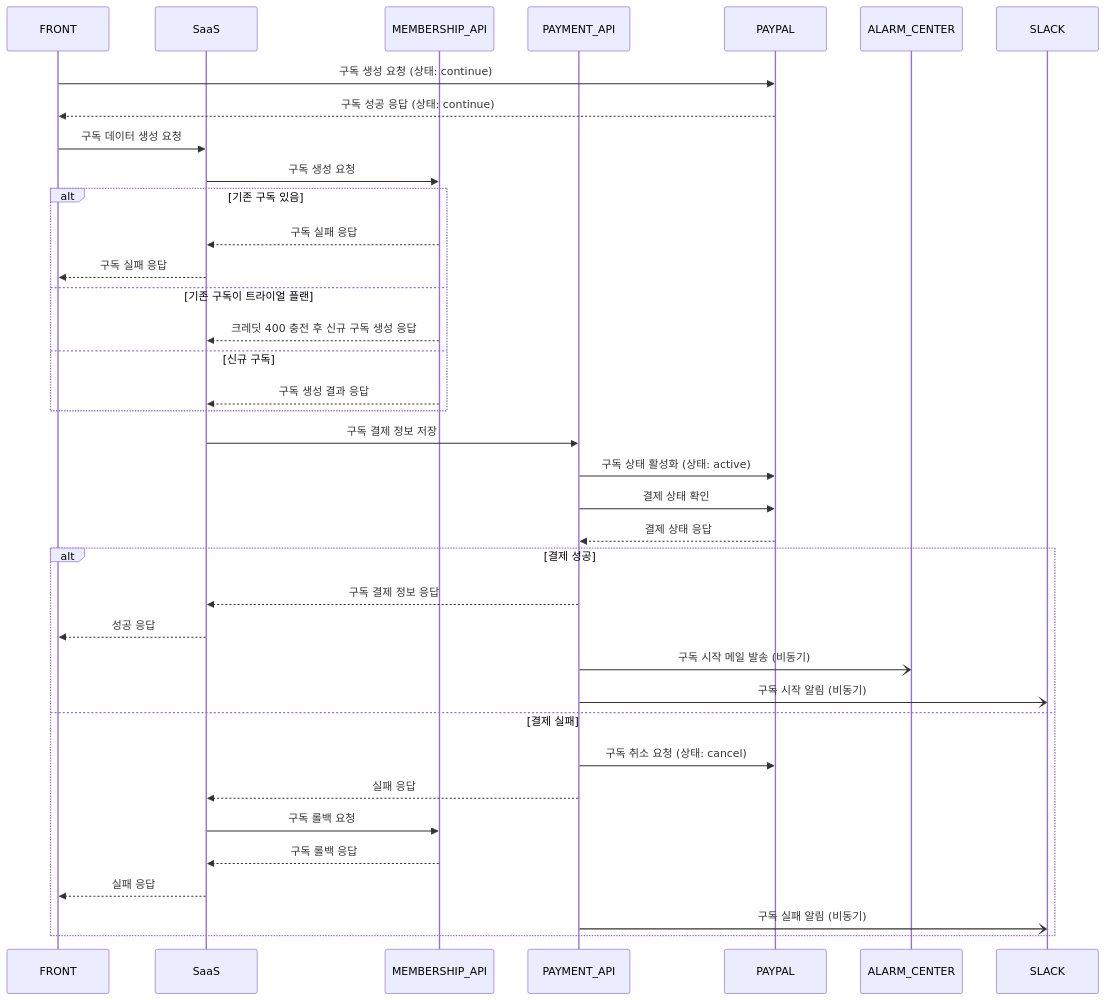
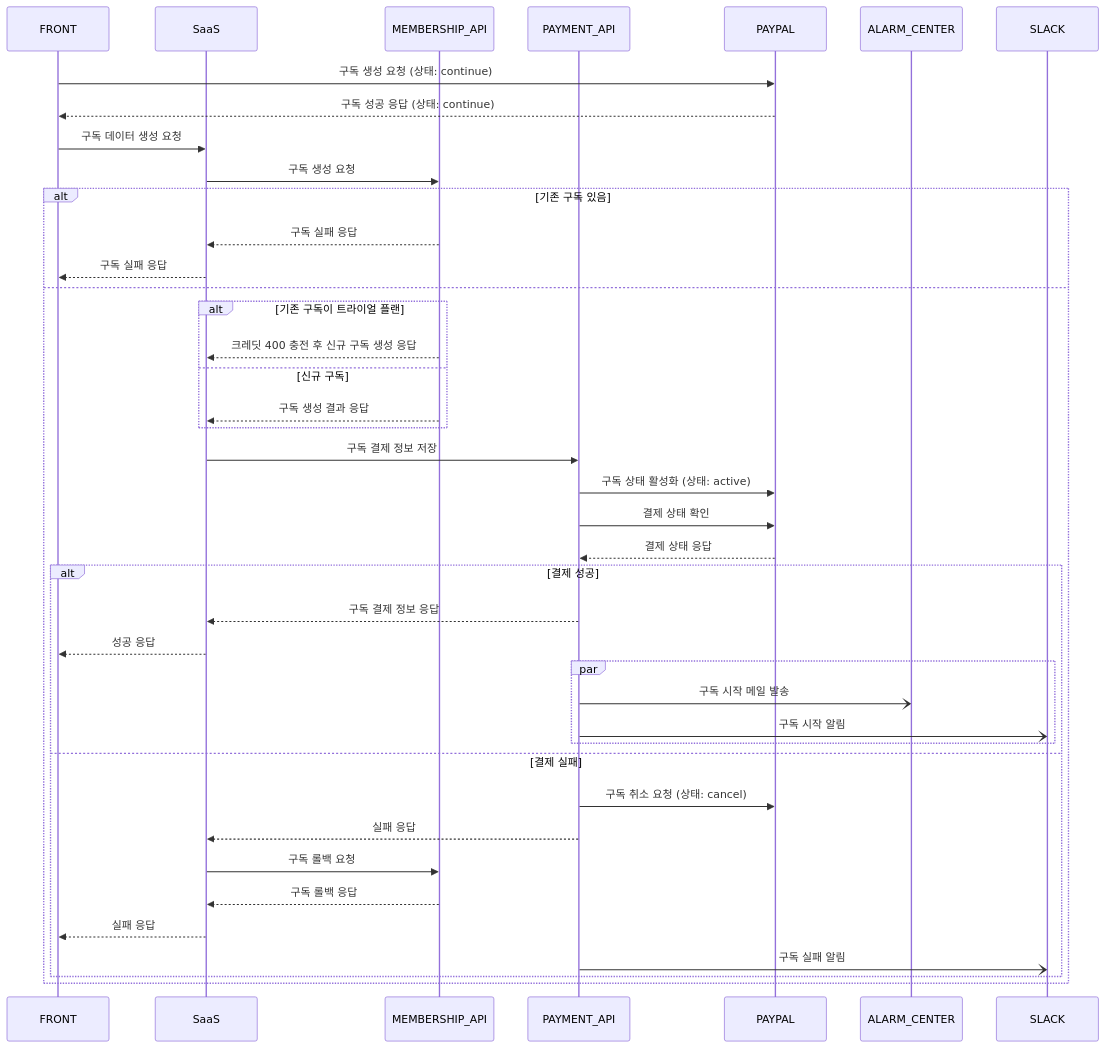
Before and after one commit to ysiksik/ysiksik.github.io: the second of 12 diagrams in _posts/project/logistics/2025-02-28-SubscriptionPayments-PAYPAL.md, drawn with Mermaid. The commit also changed other lines of this file and 2 other files, not shown here.

```diff
--- a/_posts/project/logistics/2025-02-28-SubscriptionPayments-PAYPAL.md
+++ b/_posts/project/logistics/2025-02-28-SubscriptionPayments-PAYPAL.md
@@ -144,42 +144,50 @@
 ~~~mermaid
 
 sequenceDiagram
   participant FRONT
   participant SaaS
   participant MEMBERSHIP_API
   participant PAYMENT_API
   participant PAYPAL
   participant ALARM_CENTER
   participant SLACK
+
   FRONT->>PAYPAL: 구독 생성 요청 (상태: continue)
   PAYPAL-->>FRONT: 구독 성공 응답 (상태: continue)
   FRONT->>SaaS: 구독 데이터 생성 요청
   SaaS->>MEMBERSHIP_API: 구독 생성 요청
+
   alt 기존 구독 있음
     MEMBERSHIP_API-->>SaaS: 구독 실패 응답
     SaaS-->>FRONT: 구독 실패 응답
-  else 기존 구독이 트라이얼 플랜
-    MEMBERSHIP_API-->>SaaS: 크레딧 400 충전 후 신규 구독 생성 응답
-  else 신규 구독
-    MEMBERSHIP_API-->>SaaS: 구독 생성 결과 응답
-  end
-  SaaS->>PAYMENT_API: 구독 결제 정보 저장
-  PAYMENT_API->>PAYPAL: 구독 상태 활성화 (상태: active)
-  PAYMENT_API->>PAYPAL: 결제 상태 확인
-  PAYPAL-->>PAYMENT_API: 결제 상태 응답
-  alt 결제 성공
-    PAYMENT_API-->>SaaS: 구독 결제 정보 응답
-    SaaS-->>FRONT: 성공 응답
-    PAYMENT_API-)ALARM_CENTER: 구독 시작 메일 발송 (비동기)
-    PAYMENT_API-)SLACK: 구독 시작 알림 (비동기)
-  else 결제 실패
-    PAYMENT_API->>PAYPAL: 구독 취소 요청 (상태: cancel)
-    PAYMENT_API-->>SaaS: 실패 응답
-    SaaS->>MEMBERSHIP_API: 구독 롤백 요청
-    MEMBERSHIP_API-->>SaaS: 구독 롤백 응답
-    SaaS-->>FRONT: 실패 응답
-    PAYMENT_API-)SLACK: 구독 실패 알림 (비동기)
+  else
+    alt 기존 구독이 트라이얼 플랜
+      MEMBERSHIP_API-->>SaaS: 크레딧 400 충전 후 신규 구독 생성 응답
+    else 신규 구독
+      MEMBERSHIP_API-->>SaaS: 구독 생성 결과 응답
+    end
+
+    SaaS->>PAYMENT_API: 구독 결제 정보 저장
+    PAYMENT_API->>PAYPAL: 구독 상태 활성화 (상태: active)
+    PAYMENT_API->>PAYPAL: 결제 상태 확인
+    PAYPAL-->>PAYMENT_API: 결제 상태 응답
+
+    alt 결제 성공
+      PAYMENT_API-->>SaaS: 구독 결제 정보 응답
+      SaaS-->>FRONT: 성공 응답
+      par
+        PAYMENT_API-)ALARM_CENTER: 구독 시작 메일 발송
+        PAYMENT_API-)SLACK: 구독 시작 알림
+      end
+    else 결제 실패
+      PAYMENT_API->>PAYPAL: 구독 취소 요청 (상태: cancel)
+      PAYMENT_API-->>SaaS: 실패 응답
+      SaaS->>MEMBERSHIP_API: 구독 롤백 요청
+      MEMBERSHIP_API-->>SaaS: 구독 롤백 응답
+      SaaS-->>FRONT: 실패 응답
+      PAYMENT_API-)SLACK: 구독 실패 알림
+    end
   end
 
 
 ~~~
```
